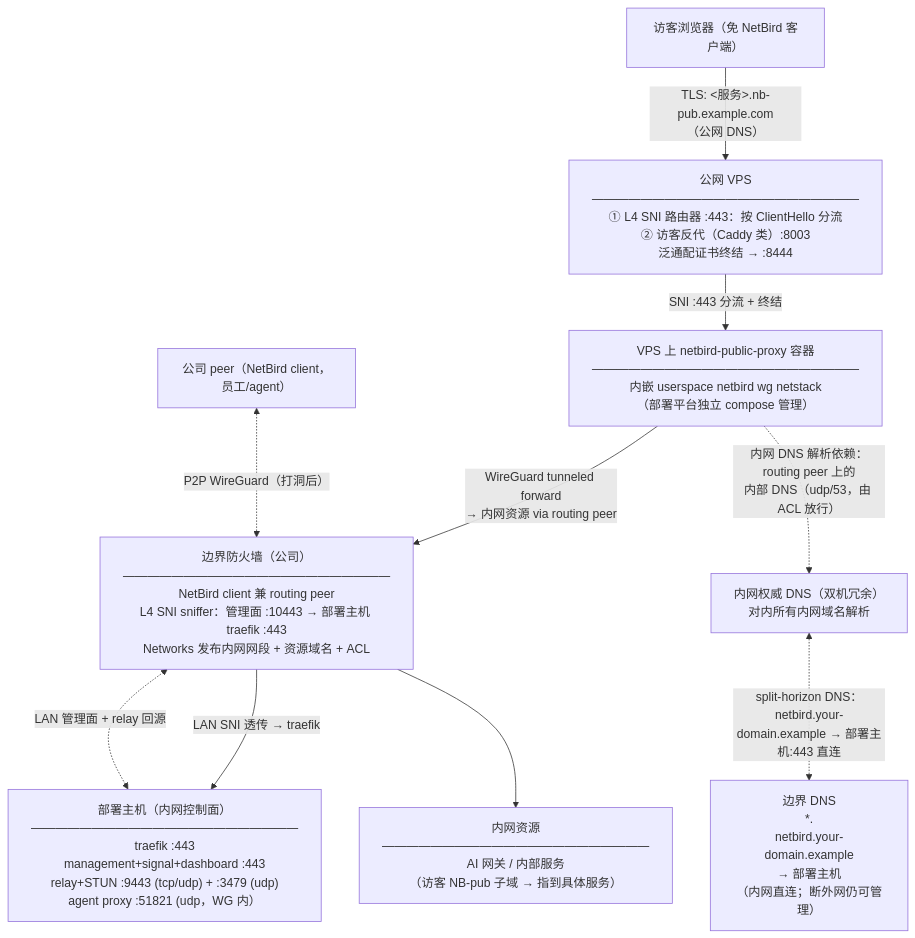
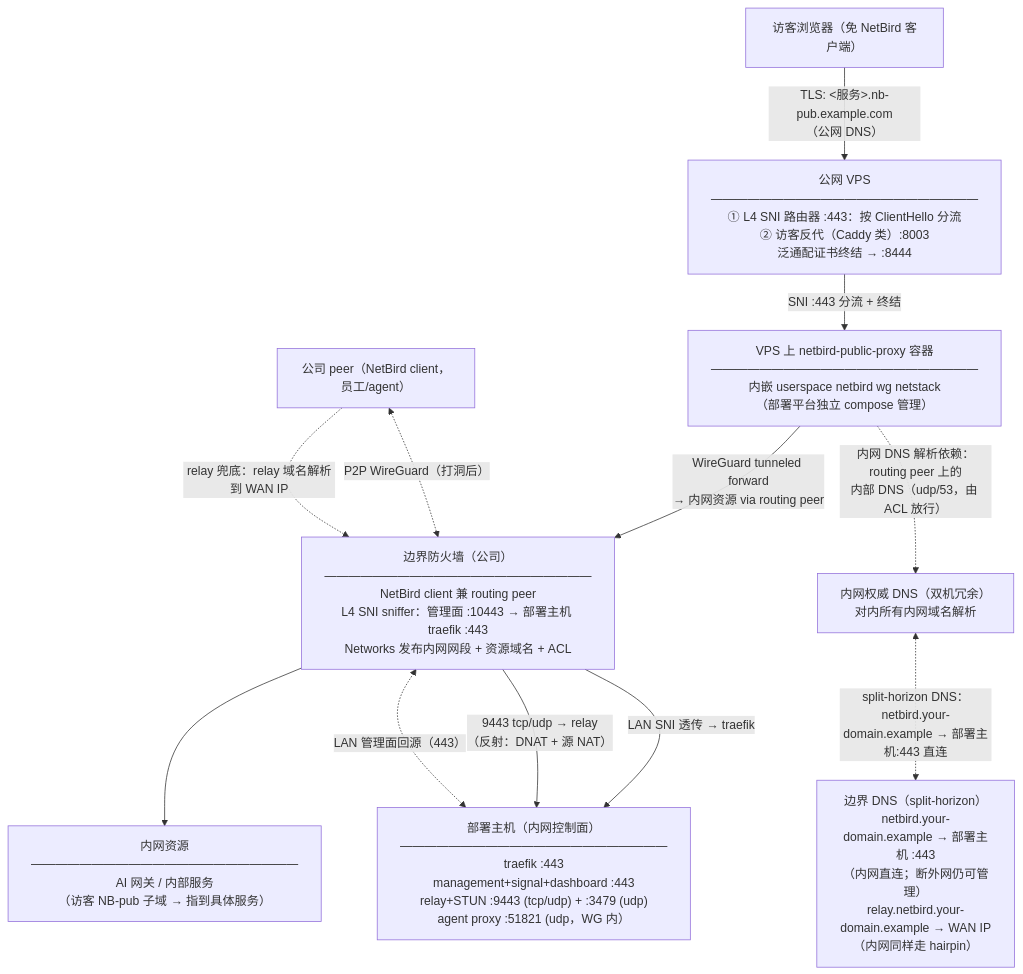
The first of 3 diagrams in README.md (xyonium/compose), drawn with Mermaid before and after one commit.

Commit message:
docs(netbird): 拓扑 mermaid 补 relay 路径
- 边界 DNS 节点：标注 relay 域名解析到 WAN IP、内网同样走 hairpin
- 新增 peer→bfw 的 relay 兜底边，bfw→d1 增加 9443 反射（DNAT + 源 NAT）连线
- 原 "LAN 管理面 + relay 回源" 收敛为 "LAN 管理面回源（443）"，避免与实际路径矛盾

````diff
--- a/README.md
+++ b/README.md
@@ -113,22 +113,24 @@
 ```mermaid
 flowchart TB
     pub["访客浏览器（免 NetBird 客户端）"]
     peer["公司 peer（NetBird client，员工/agent）"]
     vps["公网 VPS<br/>——————————————————————<br/>① L4 SNI 路由器 :443：按 ClientHello 分流<br/>② 访客反代（Caddy 类）:8003<br/>泛通配证书终结 → :8444"]
     pubproxy["VPS 上 netbird-public-proxy 容器<br/>——————————————————————<br/>内嵌 userspace netbird wg netstack<br/>（部署平台独立 compose 管理）"]
     bfw["边界防火墙（公司）<br/>——————————————————————<br/>NetBird client 兼 routing peer<br/>L4 SNI sniffer：管理面 :10443 → 部署主机 traefik :443<br/>Networks 发布内网网段 + 资源域名 + ACL"]
     d1["部署主机（内网控制面）<br/>——————————————————————<br/>traefik :443<br/>management+signal+dashboard :443<br/>relay+STUN :9443 (tcp/udp) + :3479 (udp)<br/>agent proxy :51821 (udp，WG 内）"]
     dns1["内网权威 DNS（双机冗余）<br/>对内所有内网域名解析"]
     lanres["内网资源<br/>——————————————————————<br/>AI 网关 / 内部服务<br/>（访客 NB-pub 子域 → 指到具体服务）"]
-    unbound["边界 DNS<br/>*.<br/>netbird.your-domain.example<br/>→ 部署主机<br/>（内网直连；断外网仍可管理）"]
+    unbound["边界 DNS（split-horizon）<br/>netbird.your-domain.example → 部署主机 :443<br/>（内网直连；断外网仍可管理）<br/>relay.netbird.your-domain.example → WAN IP<br/>（内网同样走 hairpin）"]
 
     pub -- "TLS: <服务>.nb-pub.example.com<br/>（公网 DNS）" --> vps
     vps -- "SNI :443 分流 + 终结" --> pubproxy
     pubproxy -- "WireGuard tunneled forward<br/>→ 内网资源 via routing peer" --> bfw
     pubproxy -. "内网 DNS 解析依赖：routing peer 上的<br/>内部 DNS（udp/53，由 ACL 放行）" .-> dns1
     bfw -- "LAN SNI 透传 → traefik" --> d1
     bfw --> lanres
     peer <-. "P2P WireGuard（打洞后）" .-> bfw
+    peer -. "relay 兜底：relay 域名解析到 WAN IP" .-> bfw
+    bfw -- "9443 tcp/udp → relay<br/>（反射：DNAT + 源 NAT）" --> d1
     dns1 <-. "split-horizon DNS：<br/>netbird.your-domain.example → 部署主机:443 直连" .-> unbound
-    d1 <-. "LAN 管理面 + relay 回源" .-> bfw
+    d1 <-. "LAN 管理面回源（443）" .-> bfw
 ```
````
